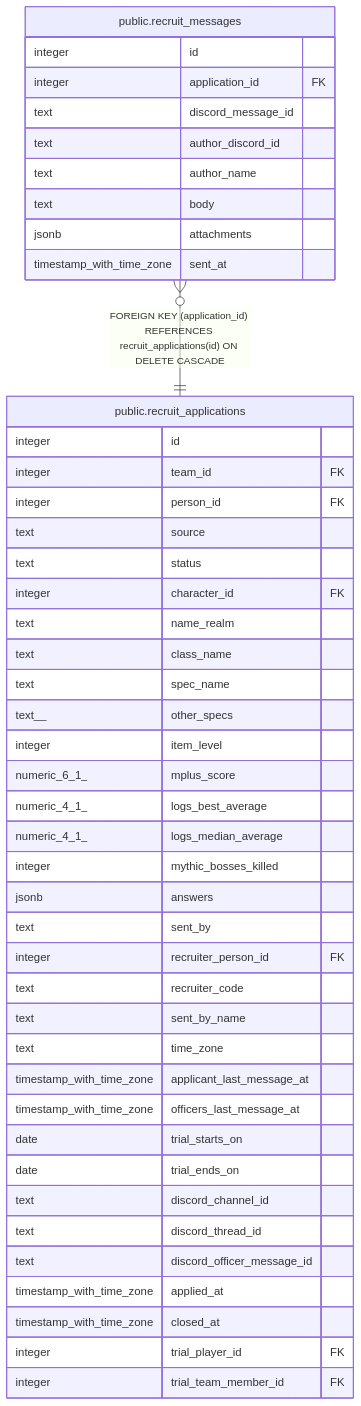
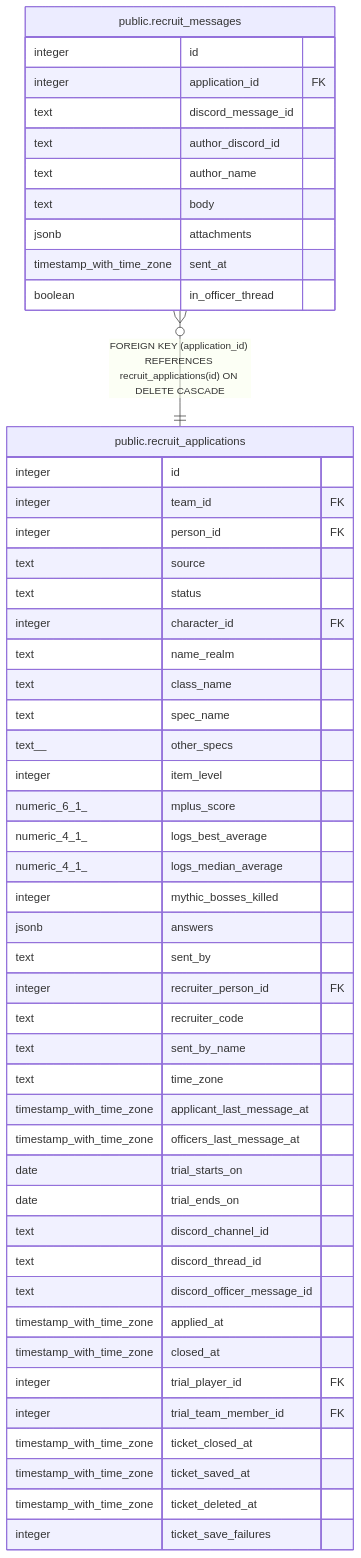
One commit to katogaming88/WGA-Raid-Hub changed the diagram in dbdoc/public.recruit_messages.md. Above: the diagram before and after it, drawn with Mermaid. The commit also changed other lines of this file and 36 other files, not shown here.

````diff
--- a/dbdoc/public.recruit_messages.md
+++ b/dbdoc/public.recruit_messages.md
@@ -43,50 +44,55 @@
 ```mermaid
 erDiagram
 
 "public.recruit_messages" }o--|| "public.recruit_applications" : "FOREIGN KEY (application_id) REFERENCES recruit_applications(id) ON DELETE CASCADE"
 
 "public.recruit_messages" {
   integer id
   integer application_id FK
   text discord_message_id
   text author_discord_id
   text author_name
   text body
   jsonb attachments
   timestamp_with_time_zone sent_at
+  boolean in_officer_thread
 }
 "public.recruit_applications" {
   integer id
   integer team_id FK
   integer person_id FK
   text source
   text status
   integer character_id FK
   text name_realm
   text class_name
   text spec_name
   text__ other_specs
   integer item_level
   numeric_6_1_ mplus_score
   numeric_4_1_ logs_best_average
   numeric_4_1_ logs_median_average
   integer mythic_bosses_killed
   jsonb answers
   text sent_by
   integer recruiter_person_id FK
   text recruiter_code
   text sent_by_name
   text time_zone
   timestamp_with_time_zone applicant_last_message_at
   timestamp_with_time_zone officers_last_message_at
   date trial_starts_on
   date trial_ends_on
   text discord_channel_id
   text discord_thread_id
   text discord_officer_message_id
   timestamp_with_time_zone applied_at
   timestamp_with_time_zone closed_at
   integer trial_player_id FK
   integer trial_team_member_id FK
+  timestamp_with_time_zone ticket_closed_at
+  timestamp_with_time_zone ticket_saved_at
+  timestamp_with_time_zone ticket_deleted_at
+  integer ticket_save_failures
 }
 ```
````
